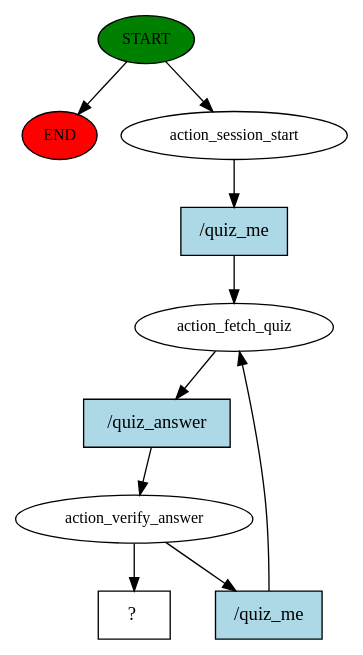
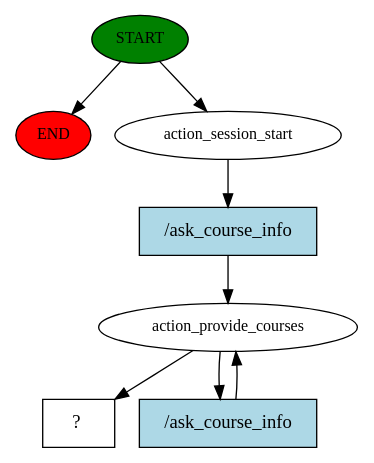
One commit to MirzaSohaib-Baig/edu-chatbot-backend changed the diagram in story_graph.dot. Above: the diagram before and after it, drawn with Graphviz. The commit also changed 12 other files, not shown here.

Commit message:
course info prompt added

```diff
--- a/story_graph.dot
+++ b/story_graph.dot
@@ -1,20 +1,16 @@
 digraph  {
 0 [class="start active", fillcolor=green, fontsize=12, label=START, style=filled];
 "-1" [class=end, fillcolor=red, fontsize=12, label=END, style=filled];
 1 [class=active, fontsize=12, label=action_session_start];
-2 [class=active, fontsize=12, label=action_fetch_quiz];
-3 [class=active, fontsize=12, label=action_verify_answer];
-6 [class="intent dashed active", label="  ?  ", shape=rect];
-7 [class="intent active", fillcolor=lightblue, label="/quiz_me", shape=rect, style=filled];
-8 [class="intent active", fillcolor=lightblue, label="/quiz_answer", shape=rect, style=filled];
-9 [class="intent active", fillcolor=lightblue, label="/quiz_me", shape=rect, style=filled];
+2 [class=active, fontsize=12, label=action_provide_courses];
+7 [class="intent dashed active", label="  ?  ", shape=rect];
+8 [class="intent active", fillcolor=lightblue, label="/ask_course_info", shape=rect, style=filled];
+9 [class="intent active", fillcolor=lightblue, label="/ask_course_info", shape=rect, style=filled];
 0 -> "-1"  [class="", key=NONE, label=""];
 0 -> 1  [class=active, key=NONE, label=""];
-1 -> 7  [class=active, key=0];
-2 -> 8  [class=active, key=0];
-3 -> 6  [class=active, key=NONE, label=""];
-3 -> 9  [class=active, key=0];
-7 -> 2  [class=active, key=0];
-8 -> 3  [class=active, key=0];
+1 -> 8  [class=active, key=0];
+2 -> 7  [class=active, key=NONE, label=""];
+2 -> 9  [class=active, key=0];
+8 -> 2  [class=active, key=0];
 9 -> 2  [class=active, key=0];
 }
```
